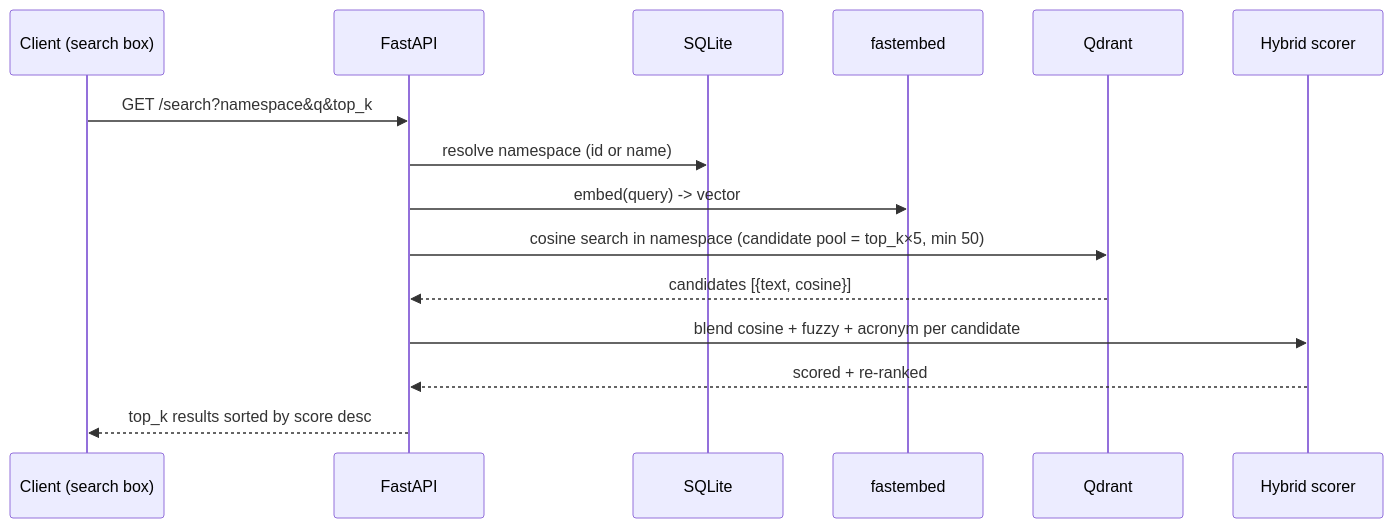
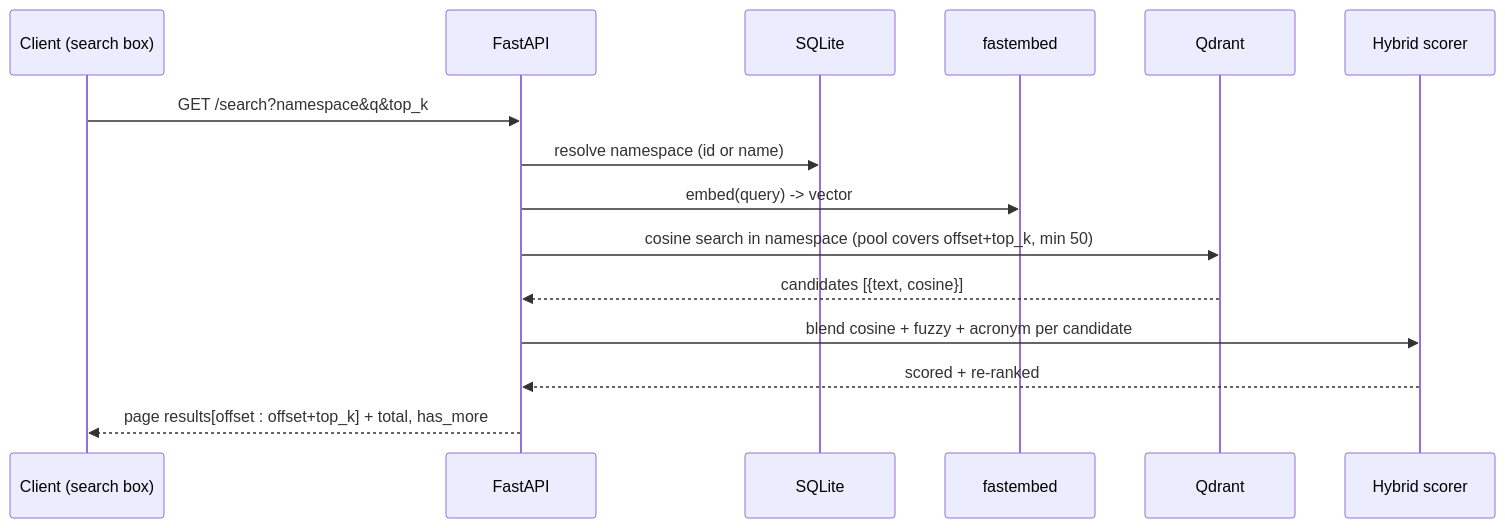
The third of 4 diagrams in README.md (sree-neork/similarity-search-engine), drawn with Mermaid before and after one commit. The commit also changed other lines of this file and 3 other files, not shown here.

First line of the commit message:
Add offset-based pagination to search

````diff
--- a/README.md
+++ b/README.md
@@ -109,18 +109,18 @@
 ```mermaid
 sequenceDiagram
     participant C as Client (search box)
     participant API as FastAPI
     participant DB as SQLite
     participant EM as fastembed
     participant Q as Qdrant
     participant S as Hybrid scorer
 
     C->>API: GET /search?namespace&q&top_k
     API->>DB: resolve namespace (id or name)
     API->>EM: embed(query) -> vector
-    API->>Q: cosine search in namespace (candidate pool = top_k×5, min 50)
+    API->>Q: cosine search in namespace (pool covers offset+top_k, min 50)
     Q-->>API: candidates [{text, cosine}]
     API->>S: blend cosine + fuzzy + acronym per candidate
     S-->>API: scored + re-ranked
-    API-->>C: top_k results sorted by score desc
+    API-->>C: page results[offset : offset+top_k] + total, has_more
 ```
````
